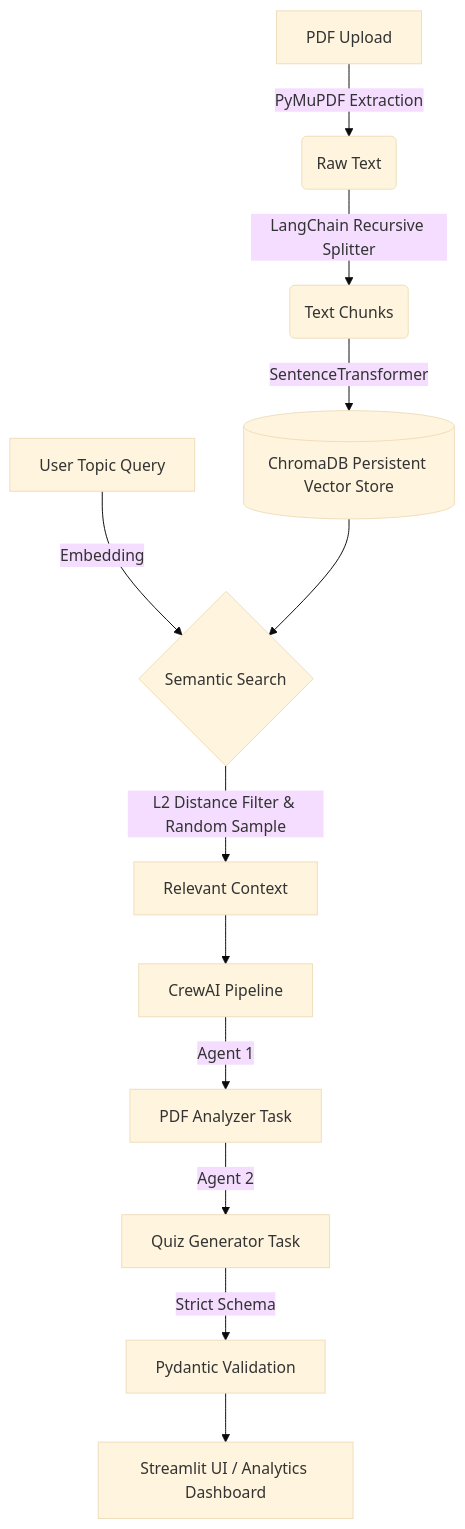
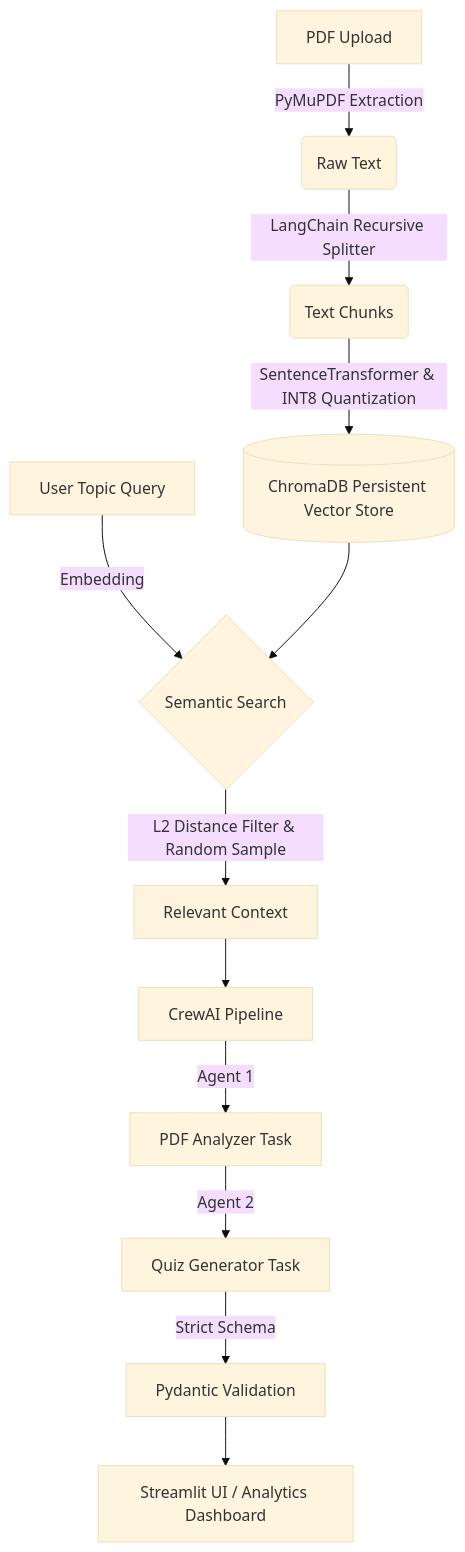
One commit to Rahul626-stack/SynapseAI changed the diagram in README.md. Above: the diagram before and after it, drawn with Mermaid (base theme). The commit also changed other lines of this file and 1 other file, not shown here.

Commit message:
Quantized_the_sentence_transformer

````diff
--- a/README.md
+++ b/README.md
@@ -24,17 +25,17 @@
 ```mermaid
 graph TD
     A[PDF Upload] -->|PyMuPDF Extraction| B(Raw Text)
     B -->|LangChain Recursive Splitter| C(Text Chunks)
-    C -->|SentenceTransformer| D[(ChromaDB Persistent Vector Store)]
+    C -->|SentenceTransformer & INT8 Quantization| D[(ChromaDB Persistent Vector Store)]
     
     E[User Topic Query] -->|Embedding| F{Semantic Search}
     D --> F
     F -->|L2 Distance Filter & Random Sample| G[Relevant Context]
     
     G --> H[CrewAI Pipeline]
     H -->|Agent 1| I[PDF Analyzer Task]
     I -->|Agent 2| J[Quiz Generator Task]
     
     J -->|Strict Schema| K[Pydantic Validation]
     K --> L[Streamlit UI / Analytics Dashboard]
 ```
````
